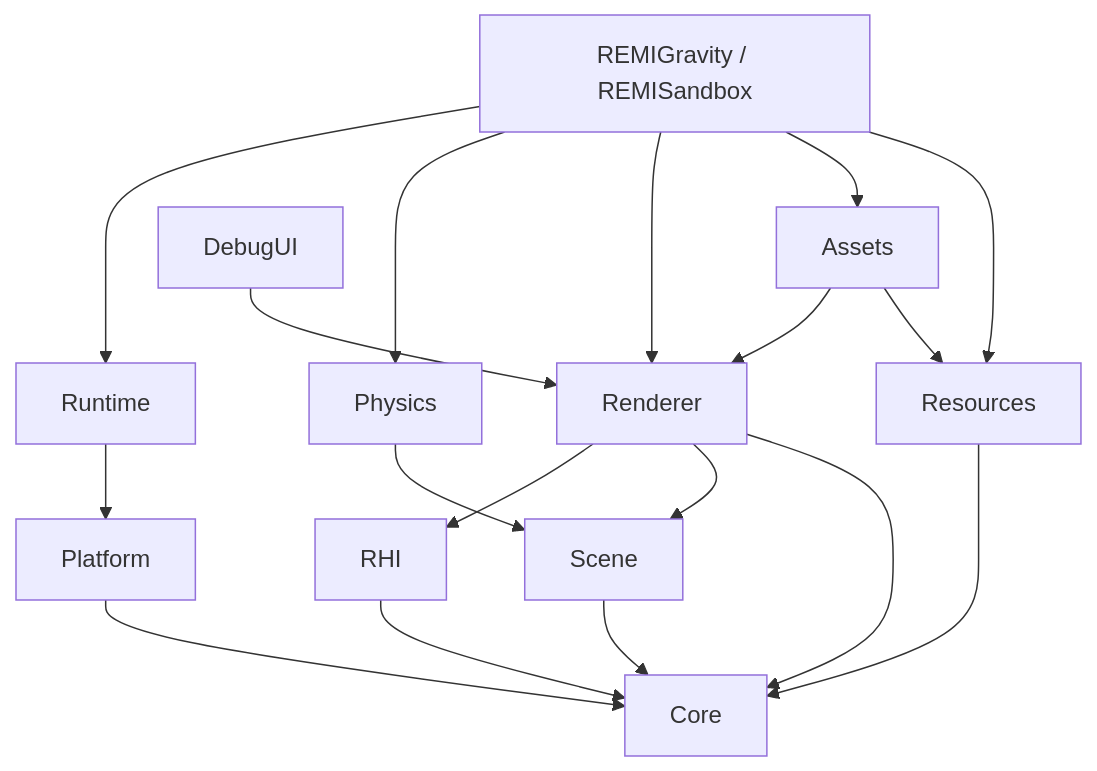
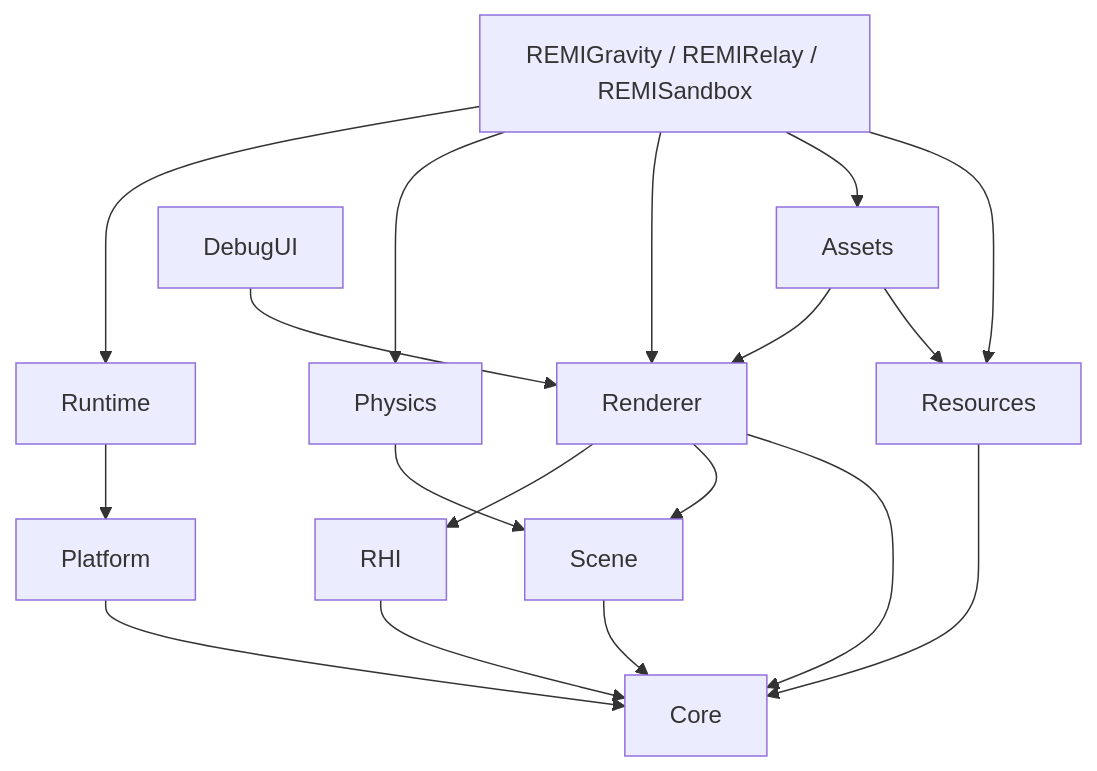
One commit to blyuu/REMI changed the diagram in docs/Architecture.md. Above: the diagram before and after it, drawn with Mermaid. The commit also changed other lines of this file and 78 other files, not shown here.

````diff
--- a/docs/Architecture.md
+++ b/docs/Architecture.md
@@ -7,20 +7,20 @@
 ```mermaid
 flowchart TD
-    Game[REMIGravity / REMISandbox] --> Runtime
+    Game[REMIGravity / REMIRelay / REMISandbox] --> Runtime
     Game --> Physics
     Game --> Renderer
     Game --> Assets
     Assets --> Renderer
     Assets --> Resources
     Renderer --> RHI
     Game --> Resources
     Runtime --> Platform
     Platform --> Core
     Physics --> Scene
     Renderer --> Scene
     Renderer --> Core
     Resources --> Core
     RHI --> Core
     Scene --> Core
     DebugUI --> Renderer
 ```
````
